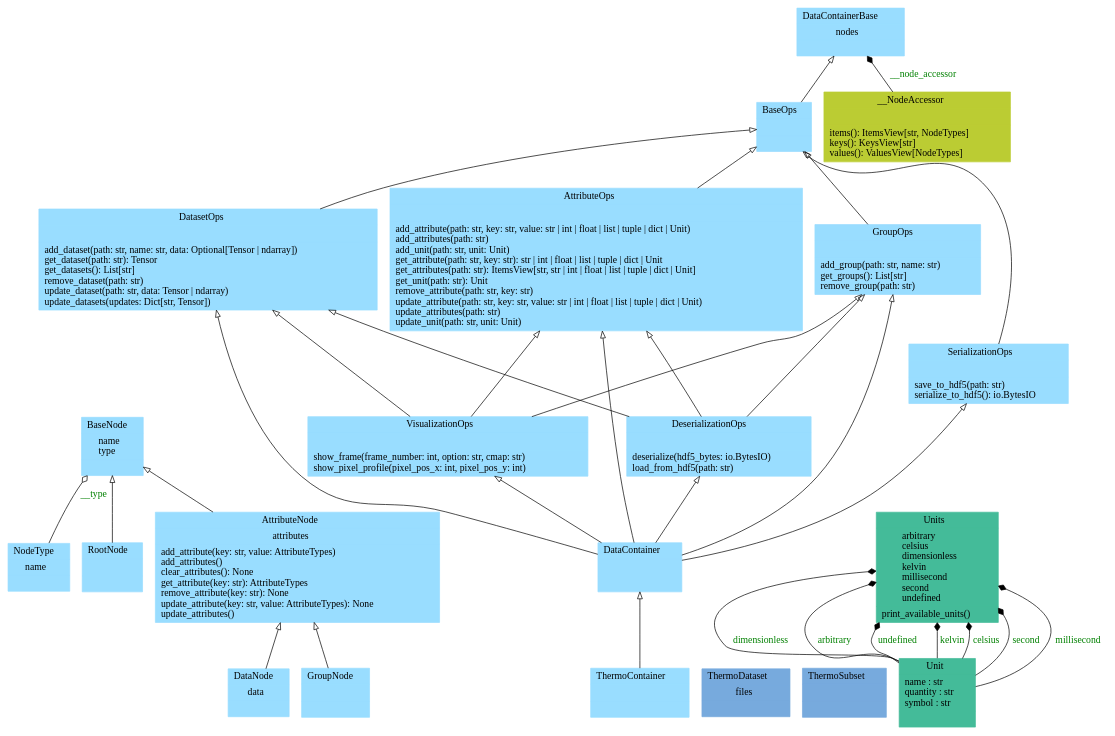
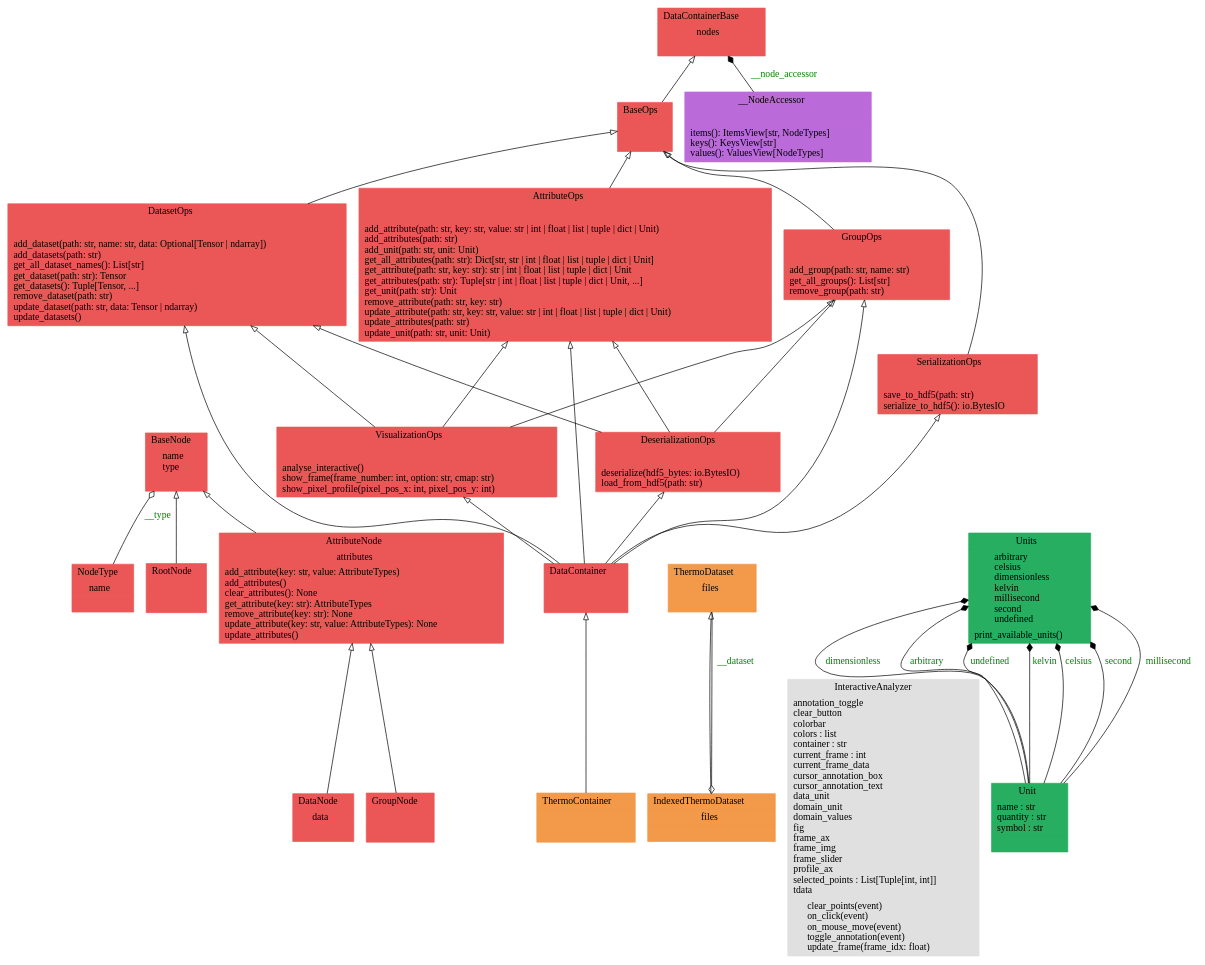
Before and after one commit to voidsy-gmbh/pyThermoNDT: the diagram in docs/pyreverse/classes_pythermondt.data.gv, drawn with Graphviz. The commit also changed 29 other files, not shown here.

First line of the commit message:
Update the pyreverse diagrams in documentation folder to make them more readable (#44)

```diff
--- a/docs/pyreverse/classes_pythermondt.data.gv
+++ b/docs/pyreverse/classes_pythermondt.data.gv
@@ -1,27 +1,28 @@
 digraph "classes_pythermondt.data" {
 rankdir=BT
 charset="utf-8"
-"pythermondt.data.datacontainer.node.AttributeNode" [color="#99DDFF", fontcolor="black", label=<{AttributeNode|attributes<br ALIGN="LEFT"/>|add_attribute(key: str, value: AttributeTypes)<br ALIGN="LEFT"/>add_attributes()<br ALIGN="LEFT"/>clear_attributes(): None<br ALIGN="LEFT"/>get_attribute(key: str): AttributeTypes<br ALIGN="LEFT"/>remove_attribute(key: str): None<br ALIGN="LEFT"/>update_attribute(key: str, value: AttributeTypes): None<br ALIGN="LEFT"/>update_attributes()<br ALIGN="LEFT"/>}>, shape="record", style="filled"];
-"pythermondt.data.datacontainer.attribute_ops.AttributeOps" [color="#99DDFF", fontcolor="black", label=<{AttributeOps|<br ALIGN="LEFT"/>|add_attribute(path: str, key: str, value: str \| int \| float \| list \| tuple \| dict \| Unit)<br ALIGN="LEFT"/>add_attributes(path: str)<br ALIGN="LEFT"/>add_unit(path: str, unit: Unit)<br ALIGN="LEFT"/>get_attribute(path: str, key: str): str \| int \| float \| list \| tuple \| dict \| Unit<br ALIGN="LEFT"/>get_attributes(path: str): ItemsView[str, str \| int \| float \| list \| tuple \| dict \| Unit]<br ALIGN="LEFT"/>get_unit(path: str): Unit<br ALIGN="LEFT"/>remove_attribute(path: str, key: str)<br ALIGN="LEFT"/>update_attribute(path: str, key: str, value: str \| int \| float \| list \| tuple \| dict \| Unit)<br ALIGN="LEFT"/>update_attributes(path: str)<br ALIGN="LEFT"/>update_unit(path: str, unit: Unit)<br ALIGN="LEFT"/>}>, shape="record", style="filled"];
-"pythermondt.data.datacontainer.node.BaseNode" [color="#99DDFF", fontcolor="black", label=<{BaseNode|name<br ALIGN="LEFT"/>type<br ALIGN="LEFT"/>|}>, shape="record", style="filled"];
-"pythermondt.data.datacontainer.base.BaseOps" [color="#99DDFF", fontcolor="black", label=<{BaseOps|<br ALIGN="LEFT"/>|}>, shape="record", style="filled"];
-"pythermondt.data.datacontainer.core.DataContainer" [color="#99DDFF", fontcolor="black", label=<{DataContainer|<br ALIGN="LEFT"/>|}>, shape="record", style="filled"];
-"pythermondt.data.datacontainer.base.DataContainerBase" [color="#99DDFF", fontcolor="black", label=<{DataContainerBase|nodes<br ALIGN="LEFT"/>|}>, shape="record", style="filled"];
-"pythermondt.data.datacontainer.node.DataNode" [color="#99DDFF", fontcolor="black", label=<{DataNode|data<br ALIGN="LEFT"/>|}>, shape="record", style="filled"];
-"pythermondt.data.datacontainer.dataset_ops.DatasetOps" [color="#99DDFF", fontcolor="black", label=<{DatasetOps|<br ALIGN="LEFT"/>|add_dataset(path: str, name: str, data: Optional[Tensor \| ndarray])<br ALIGN="LEFT"/>get_dataset(path: str): Tensor<br ALIGN="LEFT"/>get_datasets(): List[str]<br ALIGN="LEFT"/>remove_dataset(path: str)<br ALIGN="LEFT"/>update_dataset(path: str, data: Tensor \| ndarray)<br ALIGN="LEFT"/>update_datasets(updates: Dict[str, Tensor])<br ALIGN="LEFT"/>}>, shape="record", style="filled"];
-"pythermondt.data.datacontainer.serialization_ops.DeserializationOps" [color="#99DDFF", fontcolor="black", label=<{DeserializationOps|<br ALIGN="LEFT"/>|deserialize(hdf5_bytes: io.BytesIO)<br ALIGN="LEFT"/>load_from_hdf5(path: str)<br ALIGN="LEFT"/>}>, shape="record", style="filled"];
-"pythermondt.data.datacontainer.node.GroupNode" [color="#99DDFF", fontcolor="black", label=<{GroupNode|<br ALIGN="LEFT"/>|}>, shape="record", style="filled"];
-"pythermondt.data.datacontainer.group_ops.GroupOps" [color="#99DDFF", fontcolor="black", label=<{GroupOps|<br ALIGN="LEFT"/>|add_group(path: str, name: str)<br ALIGN="LEFT"/>get_groups(): List[str]<br ALIGN="LEFT"/>remove_group(path: str)<br ALIGN="LEFT"/>}>, shape="record", style="filled"];
-"pythermondt.data.datacontainer.node.NodeType" [color="#99DDFF", fontcolor="black", label=<{NodeType|name<br ALIGN="LEFT"/>|}>, shape="record", style="filled"];
-"pythermondt.data.datacontainer.node.RootNode" [color="#99DDFF", fontcolor="black", label=<{RootNode|<br ALIGN="LEFT"/>|}>, shape="record", style="filled"];
-"pythermondt.data.datacontainer.serialization_ops.SerializationOps" [color="#99DDFF", fontcolor="black", label=<{SerializationOps|<br ALIGN="LEFT"/>|save_to_hdf5(path: str)<br ALIGN="LEFT"/>serialize_to_hdf5(): io.BytesIO<br ALIGN="LEFT"/>}>, shape="record", style="filled"];
-"pythermondt.data.datacontainer.core.ThermoContainer" [color="#99DDFF", fontcolor="black", label=<{ThermoContainer|<br ALIGN="LEFT"/>|}>, shape="record", style="filled"];
-"pythermondt.data.thermo_dataset.ThermoDataset" [color="#77AADD", fontcolor="black", label=<{ThermoDataset|files<br ALIGN="LEFT"/>|}>, shape="record", style="filled"];
-"pythermondt.data.thermo_subset.ThermoSubset" [color="#77AADD", fontcolor="black", label=<{ThermoSubset|<br ALIGN="LEFT"/>|}>, shape="record", style="filled"];
-"pythermondt.data.units._unit.Unit" [color="#44BB99", fontcolor="black", label=<{Unit|name : str<br ALIGN="LEFT"/>quantity : str<br ALIGN="LEFT"/>symbol : str<br ALIGN="LEFT"/>|}>, shape="record", style="filled"];
-"pythermondt.data.units.units.Units" [color="#44BB99", fontcolor="black", label=<{Units|arbitrary<br ALIGN="LEFT"/>celsius<br ALIGN="LEFT"/>dimensionless<br ALIGN="LEFT"/>kelvin<br ALIGN="LEFT"/>millisecond<br ALIGN="LEFT"/>second<br ALIGN="LEFT"/>undefined<br ALIGN="LEFT"/>|print_available_units()<br ALIGN="LEFT"/>}>, shape="record", style="filled"];
-"pythermondt.data.datacontainer.visualization_ops.VisualizationOps" [color="#99DDFF", fontcolor="black", label=<{VisualizationOps|<br ALIGN="LEFT"/>|show_frame(frame_number: int, option: str, cmap: str)<br ALIGN="LEFT"/>show_pixel_profile(pixel_pos_x: int, pixel_pos_y: int)<br ALIGN="LEFT"/>}>, shape="record", style="filled"];
-"pythermondt.data.datacontainer.base.DataContainerBase.__NodeAccessor" [color="#BBCC33", fontcolor="black", label=<{__NodeAccessor|<br ALIGN="LEFT"/>|items(): ItemsView[str, NodeTypes]<br ALIGN="LEFT"/>keys(): KeysView[str]<br ALIGN="LEFT"/>values(): ValuesView[NodeTypes]<br ALIGN="LEFT"/>}>, shape="record", style="filled"];
+"pythermondt.data.datacontainer.node.AttributeNode" [color="#EB5757", fontcolor="black", label=<{AttributeNode|attributes<br ALIGN="LEFT"/>|add_attribute(key: str, value: AttributeTypes)<br ALIGN="LEFT"/>add_attributes()<br ALIGN="LEFT"/>clear_attributes(): None<br ALIGN="LEFT"/>get_attribute(key: str): AttributeTypes<br ALIGN="LEFT"/>remove_attribute(key: str): None<br ALIGN="LEFT"/>update_attribute(key: str, value: AttributeTypes): None<br ALIGN="LEFT"/>update_attributes()<br ALIGN="LEFT"/>}>, shape="record", style="filled"];
+"pythermondt.data.datacontainer.attribute_ops.AttributeOps" [color="#EB5757", fontcolor="black", label=<{AttributeOps|<br ALIGN="LEFT"/>|add_attribute(path: str, key: str, value: str \| int \| float \| list \| tuple \| dict \| Unit)<br ALIGN="LEFT"/>add_attributes(path: str)<br ALIGN="LEFT"/>add_unit(path: str, unit: Unit)<br ALIGN="LEFT"/>get_all_attributes(path: str): Dict[str, str \| int \| float \| list \| tuple \| dict \| Unit]<br ALIGN="LEFT"/>get_attribute(path: str, key: str): str \| int \| float \| list \| tuple \| dict \| Unit<br ALIGN="LEFT"/>get_attributes(path: str): Tuple[str \| int \| float \| list \| tuple \| dict \| Unit, ...]<br ALIGN="LEFT"/>get_unit(path: str): Unit<br ALIGN="LEFT"/>remove_attribute(path: str, key: str)<br ALIGN="LEFT"/>update_attribute(path: str, key: str, value: str \| int \| float \| list \| tuple \| dict \| Unit)<br ALIGN="LEFT"/>update_attributes(path: str)<br ALIGN="LEFT"/>update_unit(path: str, unit: Unit)<br ALIGN="LEFT"/>}>, shape="record", style="filled"];
+"pythermondt.data.datacontainer.node.BaseNode" [color="#EB5757", fontcolor="black", label=<{BaseNode|name<br ALIGN="LEFT"/>type<br ALIGN="LEFT"/>|}>, shape="record", style="filled"];
+"pythermondt.data.datacontainer.base.BaseOps" [color="#EB5757", fontcolor="black", label=<{BaseOps|<br ALIGN="LEFT"/>|}>, shape="record", style="filled"];
+"pythermondt.data.datacontainer.core.DataContainer" [color="#EB5757", fontcolor="black", label=<{DataContainer|<br ALIGN="LEFT"/>|}>, shape="record", style="filled"];
+"pythermondt.data.datacontainer.base.DataContainerBase" [color="#EB5757", fontcolor="black", label=<{DataContainerBase|nodes<br ALIGN="LEFT"/>|}>, shape="record", style="filled"];
+"pythermondt.data.datacontainer.node.DataNode" [color="#EB5757", fontcolor="black", label=<{DataNode|data<br ALIGN="LEFT"/>|}>, shape="record", style="filled"];
+"pythermondt.data.datacontainer.dataset_ops.DatasetOps" [color="#EB5757", fontcolor="black", label=<{DatasetOps|<br ALIGN="LEFT"/>|add_dataset(path: str, name: str, data: Optional[Tensor \| ndarray])<br ALIGN="LEFT"/>add_datasets(path: str)<br ALIGN="LEFT"/>get_all_dataset_names(): List[str]<br ALIGN="LEFT"/>get_dataset(path: str): Tensor<br ALIGN="LEFT"/>get_datasets(): Tuple[Tensor, ...]<br ALIGN="LEFT"/>remove_dataset(path: str)<br ALIGN="LEFT"/>update_dataset(path: str, data: Tensor \| ndarray)<br ALIGN="LEFT"/>update_datasets()<br ALIGN="LEFT"/>}>, shape="record", style="filled"];
+"pythermondt.data.datacontainer.serialization_ops.DeserializationOps" [color="#EB5757", fontcolor="black", label=<{DeserializationOps|<br ALIGN="LEFT"/>|deserialize(hdf5_bytes: io.BytesIO)<br ALIGN="LEFT"/>load_from_hdf5(path: str)<br ALIGN="LEFT"/>}>, shape="record", style="filled"];
+"pythermondt.data.datacontainer.node.GroupNode" [color="#EB5757", fontcolor="black", label=<{GroupNode|<br ALIGN="LEFT"/>|}>, shape="record", style="filled"];
+"pythermondt.data.datacontainer.group_ops.GroupOps" [color="#EB5757", fontcolor="black", label=<{GroupOps|<br ALIGN="LEFT"/>|add_group(path: str, name: str)<br ALIGN="LEFT"/>get_all_groups(): List[str]<br ALIGN="LEFT"/>remove_group(path: str)<br ALIGN="LEFT"/>}>, shape="record", style="filled"];
+"pythermondt.data.thermo_dataset.IndexedThermoDataset" [color="#F2994A", fontcolor="black", label=<{IndexedThermoDataset|files<br ALIGN="LEFT"/>|}>, shape="record", style="filled"];
+"pythermondt.data.datacontainer.visualization_ops.VisualizationOps.InteractiveAnalyzer" [color="#E0E0E0", fontcolor="black", label=<{InteractiveAnalyzer|annotation_toggle<br ALIGN="LEFT"/>clear_button<br ALIGN="LEFT"/>colorbar<br ALIGN="LEFT"/>colors : list<br ALIGN="LEFT"/>container : str<br ALIGN="LEFT"/>current_frame : int<br ALIGN="LEFT"/>current_frame_data<br ALIGN="LEFT"/>cursor_annotation_box<br ALIGN="LEFT"/>cursor_annotation_text<br ALIGN="LEFT"/>data_unit<br ALIGN="LEFT"/>domain_unit<br ALIGN="LEFT"/>domain_values<br ALIGN="LEFT"/>fig<br ALIGN="LEFT"/>frame_ax<br ALIGN="LEFT"/>frame_img<br ALIGN="LEFT"/>frame_slider<br ALIGN="LEFT"/>profile_ax<br ALIGN="LEFT"/>selected_points : List[Tuple[int, int]]<br ALIGN="LEFT"/>tdata<br ALIGN="LEFT"/>|clear_points(event)<br ALIGN="LEFT"/>on_click(event)<br ALIGN="LEFT"/>on_mouse_move(event)<br ALIGN="LEFT"/>toggle_annotation(event)<br ALIGN="LEFT"/>update_frame(frame_idx: float)<br ALIGN="LEFT"/>}>, shape="record", style="filled"];
+"pythermondt.data.datacontainer.node.NodeType" [color="#EB5757", fontcolor="black", label=<{NodeType|name<br ALIGN="LEFT"/>|}>, shape="record", style="filled"];
+"pythermondt.data.datacontainer.node.RootNode" [color="#EB5757", fontcolor="black", label=<{RootNode|<br ALIGN="LEFT"/>|}>, shape="record", style="filled"];
+"pythermondt.data.datacontainer.serialization_ops.SerializationOps" [color="#EB5757", fontcolor="black", label=<{SerializationOps|<br ALIGN="LEFT"/>|save_to_hdf5(path: str)<br ALIGN="LEFT"/>serialize_to_hdf5(): io.BytesIO<br ALIGN="LEFT"/>}>, shape="record", style="filled"];
+"pythermondt.data.thermo_container.ThermoContainer" [color="#F2994A", fontcolor="black", label=<{ThermoContainer|<br ALIGN="LEFT"/>|}>, shape="record", style="filled"];
+"pythermondt.data.thermo_dataset.ThermoDataset" [color="#F2994A", fontcolor="black", label=<{ThermoDataset|files<br ALIGN="LEFT"/>|}>, shape="record", style="filled"];
+"pythermondt.data.units._unit.Unit" [color="#27AE60", fontcolor="black", label=<{Unit|name : str<br ALIGN="LEFT"/>quantity : str<br ALIGN="LEFT"/>symbol : str<br ALIGN="LEFT"/>|}>, shape="record", style="filled"];
+"pythermondt.data.units.units.Units" [color="#27AE60", fontcolor="black", label=<{Units|arbitrary<br ALIGN="LEFT"/>celsius<br ALIGN="LEFT"/>dimensionless<br ALIGN="LEFT"/>kelvin<br ALIGN="LEFT"/>millisecond<br ALIGN="LEFT"/>second<br ALIGN="LEFT"/>undefined<br ALIGN="LEFT"/>|print_available_units()<br ALIGN="LEFT"/>}>, shape="record", style="filled"];
+"pythermondt.data.datacontainer.visualization_ops.VisualizationOps" [color="#EB5757", fontcolor="black", label=<{VisualizationOps|<br ALIGN="LEFT"/>|analyse_interactive()<br ALIGN="LEFT"/>show_frame(frame_number: int, option: str, cmap: str)<br ALIGN="LEFT"/>show_pixel_profile(pixel_pos_x: int, pixel_pos_y: int)<br ALIGN="LEFT"/>}>, shape="record", style="filled"];
+"pythermondt.data.datacontainer.base.DataContainerBase.__NodeAccessor" [color="#BB6BD9", fontcolor="black", label=<{__NodeAccessor|<br ALIGN="LEFT"/>|items(): ItemsView[str, NodeTypes]<br ALIGN="LEFT"/>keys(): KeysView[str]<br ALIGN="LEFT"/>values(): ValuesView[NodeTypes]<br ALIGN="LEFT"/>}>, shape="record", style="filled"];
 "pythermondt.data.datacontainer.attribute_ops.AttributeOps" -> "pythermondt.data.datacontainer.base.BaseOps" [arrowhead="empty", arrowtail="none"];
 "pythermondt.data.datacontainer.base.BaseOps" -> "pythermondt.data.datacontainer.base.DataContainerBase" [arrowhead="empty", arrowtail="none"];
 "pythermondt.data.datacontainer.core.DataContainer" -> "pythermondt.data.datacontainer.attribute_ops.AttributeOps" [arrowhead="empty", arrowtail="none"];
@@ -30,7 +31,6 @@
 "pythermondt.data.datacontainer.core.DataContainer" -> "pythermondt.data.datacontainer.serialization_ops.DeserializationOps" [arrowhead="empty", arrowtail="none"];
 "pythermondt.data.datacontainer.core.DataContainer" -> "pythermondt.data.datacontainer.serialization_ops.SerializationOps" [arrowhead="empty", arrowtail="none"];
 "pythermondt.data.datacontainer.core.DataContainer" -> "pythermondt.data.datacontainer.visualization_ops.VisualizationOps" [arrowhead="empty", arrowtail="none"];
-"pythermondt.data.datacontainer.core.ThermoContainer" -> "pythermondt.data.datacontainer.core.DataContainer" [arrowhead="empty", arrowtail="none"];
 "pythermondt.data.datacontainer.dataset_ops.DatasetOps" -> "pythermondt.data.datacontainer.base.BaseOps" [arrowhead="empty", arrowtail="none"];
 "pythermondt.data.datacontainer.group_ops.GroupOps" -> "pythermondt.data.datacontainer.base.BaseOps" [arrowhead="empty", arrowtail="none"];
 "pythermondt.data.datacontainer.node.AttributeNode" -> "pythermondt.data.datacontainer.node.BaseNode" [arrowhead="empty", arrowtail="none"];
@@ -44,6 +44,8 @@
 "pythermondt.data.datacontainer.visualization_ops.VisualizationOps" -> "pythermondt.data.datacontainer.attribute_ops.AttributeOps" [arrowhead="empty", arrowtail="none"];
 "pythermondt.data.datacontainer.visualization_ops.VisualizationOps" -> "pythermondt.data.datacontainer.dataset_ops.DatasetOps" [arrowhead="empty", arrowtail="none"];
 "pythermondt.data.datacontainer.visualization_ops.VisualizationOps" -> "pythermondt.data.datacontainer.group_ops.GroupOps" [arrowhead="empty", arrowtail="none"];
+"pythermondt.data.thermo_container.ThermoContainer" -> "pythermondt.data.datacontainer.core.DataContainer" [arrowhead="empty", arrowtail="none"];
+"pythermondt.data.thermo_dataset.IndexedThermoDataset" -> "pythermondt.data.thermo_dataset.ThermoDataset" [arrowhead="empty", arrowtail="none"];
 "pythermondt.data.datacontainer.base.DataContainerBase.__NodeAccessor" -> "pythermondt.data.datacontainer.base.DataContainerBase" [arrowhead="diamond", arrowtail="none", fontcolor="green", label="__node_accessor", style="solid"];
 "pythermondt.data.units._unit.Unit" -> "pythermondt.data.units.units.Units" [arrowhead="diamond", arrowtail="none", fontcolor="green", label="dimensionless", style="solid"];
 "pythermondt.data.units._unit.Unit" -> "pythermondt.data.units.units.Units" [arrowhead="diamond", arrowtail="none", fontcolor="green", label="arbitrary", style="solid"];
@@ -53,4 +55,5 @@
 "pythermondt.data.units._unit.Unit" -> "pythermondt.data.units.units.Units" [arrowhead="diamond", arrowtail="none", fontcolor="green", label="second", style="solid"];
 "pythermondt.data.units._unit.Unit" -> "pythermondt.data.units.units.Units" [arrowhead="diamond", arrowtail="none", fontcolor="green", label="millisecond", style="solid"];
 "pythermondt.data.datacontainer.node.NodeType" -> "pythermondt.data.datacontainer.node.BaseNode" [arrowhead="odiamond", arrowtail="none", fontcolor="green", label="__type", style="solid"];
+"pythermondt.data.thermo_dataset.ThermoDataset" -> "pythermondt.data.thermo_dataset.IndexedThermoDataset" [arrowhead="odiamond", arrowtail="none", fontcolor="green", label="__dataset", style="solid"];
 }
```
